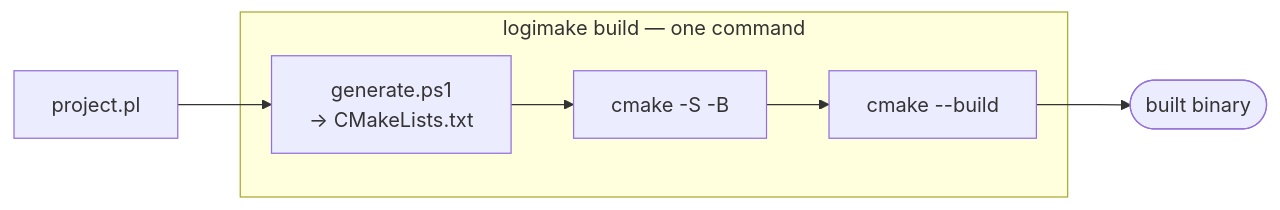
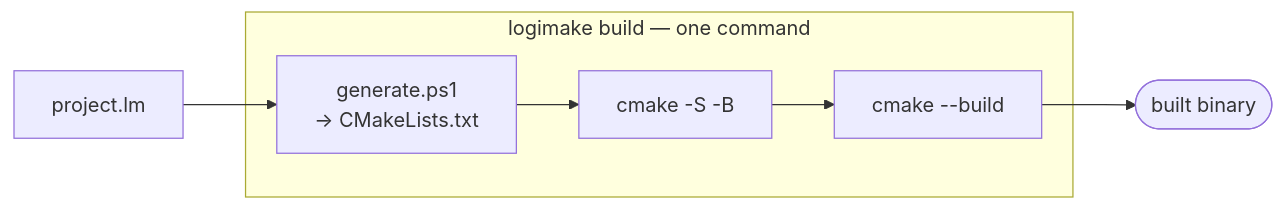
One commit to cschladetsch/CppLogicMake changed the third of 4 diagrams in README.md. Above: the diagram before and after it, drawn with Mermaid. The commit also changed other lines of this file and 27 other files, not shown here.

````diff
--- a/README.md
+++ b/README.md
@@ -384,8 +384,8 @@
 ```mermaid
 flowchart LR
-    pl["project.pl"] --> gen
+    pl["project.lm"] --> gen
     subgraph one["logimake build — one command"]
         gen["generate.ps1<br/>→ CMakeLists.txt"] --> cfg["cmake -S -B"] --> bld["cmake --build"]
     end
     bld --> exe(["built binary"])
 ```
````
